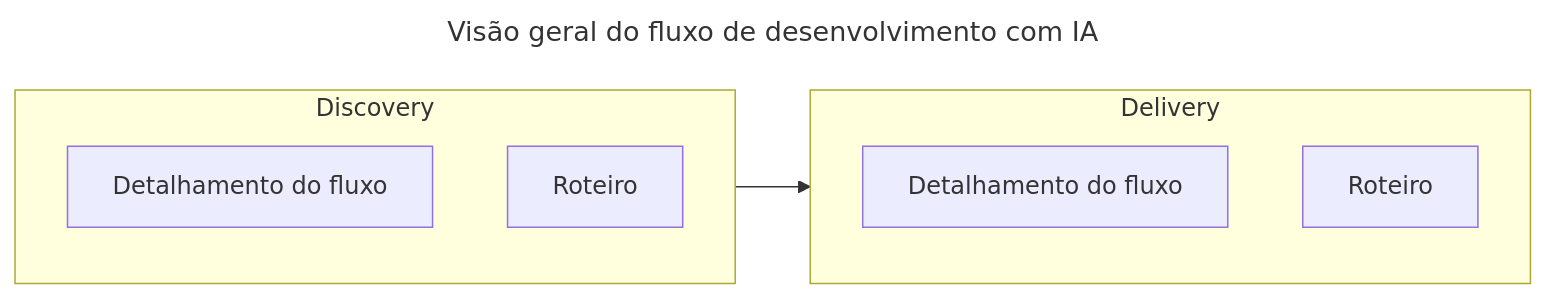
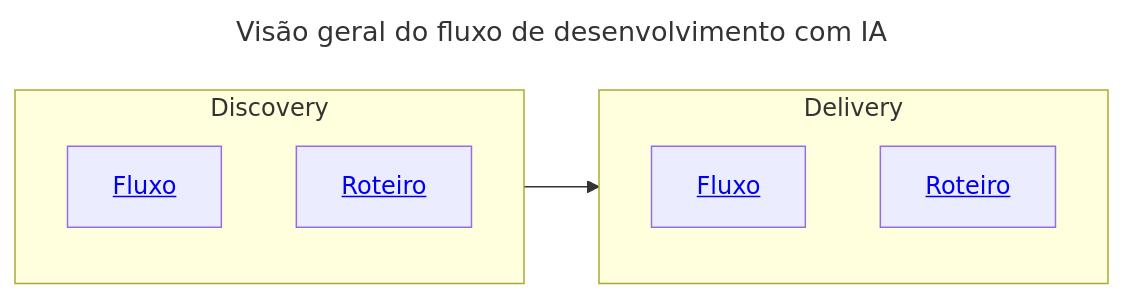
The diagram in docs/fluxo/fluxo_geral.md (valuedriven/sewai), drawn with Mermaid before and after one commit.

Commit message:
fix: links markdown

````diff
--- a/docs/fluxo/fluxo_geral.md
+++ b/docs/fluxo/fluxo_geral.md
@@ -3,24 +3,19 @@
 ```mermaid
 ---
 title: Visão geral do fluxo de desenvolvimento com IA
 ---
 graph LR 
 
 subgraph Discovery
-    A[Detalhamento do fluxo]
-    B[Roteiro]
+    A[<a href='./fluxo_discovery.md'>Fluxo</a>]
+    B[<a href='./roteiro_discovery.md'>Roteiro</a>]
 end
 
 subgraph Delivery
-    C[Detalhamento do fluxo]
-    D[Roteiro]
+    C[<a href='./fluxo_delivery.md'>Fluxo</a>]
+    D[<a href='./roteiro_delivery.md'>Roteiro</a>]
 end
 
 Discovery --> Delivery
 
-click A "./fluxo_discovery"
-click B "./roteiro_discovery"
-click C "./fluxo_delivery"
-click D "./roteiro_delivery"
-
 ```
````
